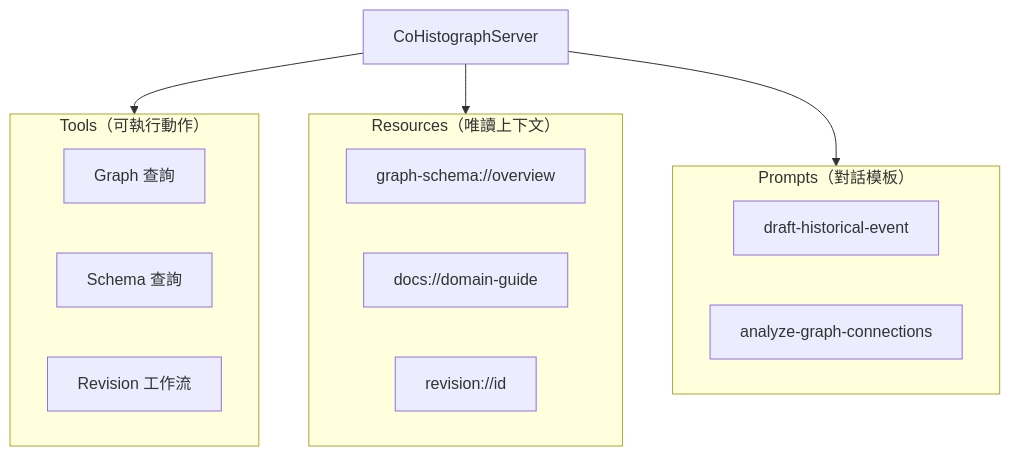
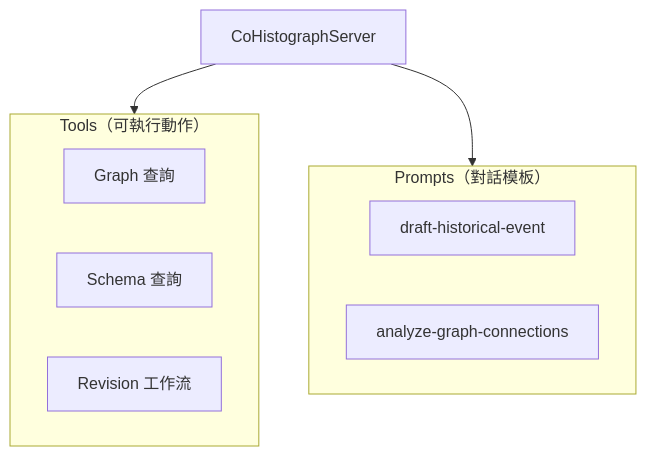
The diagram in .spec/mcp.md (danny50610/CoHistograph), drawn with Mermaid before and after one commit. The commit also changed other lines of this file, not shown here.

Commit message:
docs: MCP 規格改為 Tools-only，移除 Resources 章節

````diff
--- a/.spec/mcp.md
+++ b/.spec/mcp.md
@@ -107,24 +111,17 @@
 ```mermaid
 flowchart TB
     Server[CoHistographServer]
     Server --> Tools
-    Server --> Resources
     Server --> Prompts
 
     subgraph Tools["Tools（可執行動作）"]
         T1[Graph 查詢]
         T2[Schema 查詢]
         T3[Revision 工作流]
     end
 
-    subgraph Resources["Resources（唯讀上下文）"]
-        R1[graph-schema://overview]
-        R2[docs://domain-guide]
-        R3[revision://id]
-    end
-
     subgraph Prompts["Prompts（對話模板）"]
         P1[draft-historical-event]
         P2[analyze-graph-connections]
     end
 ```
````
